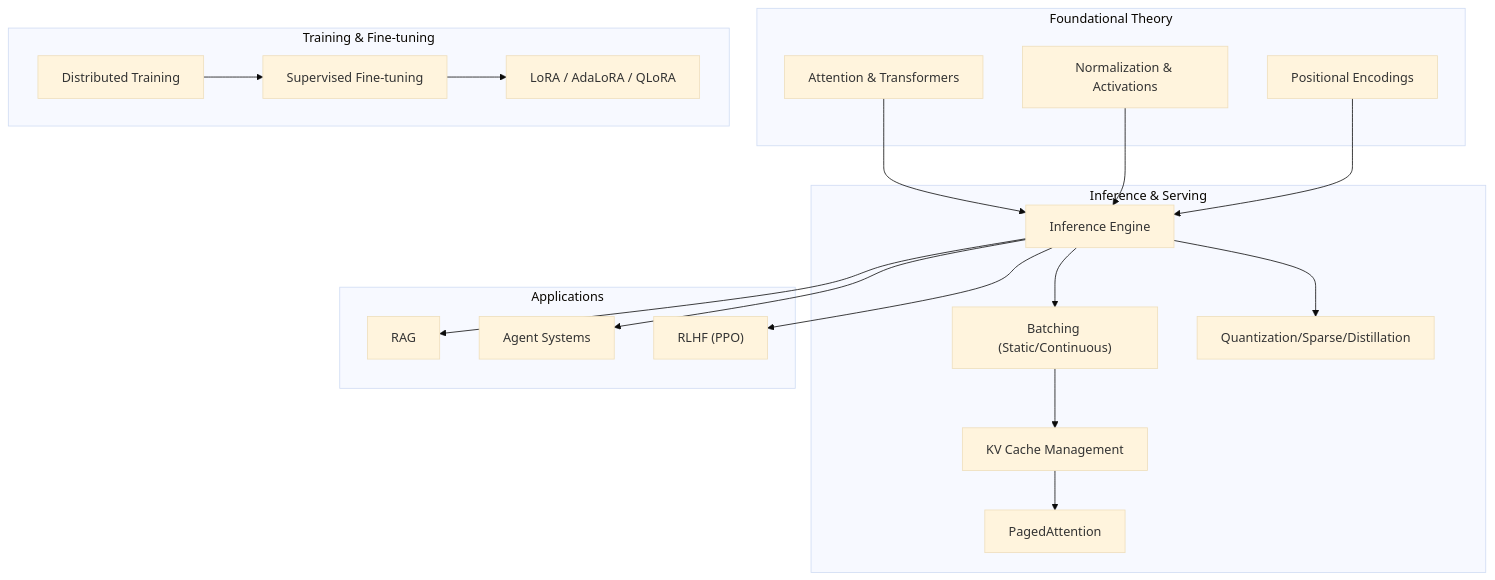
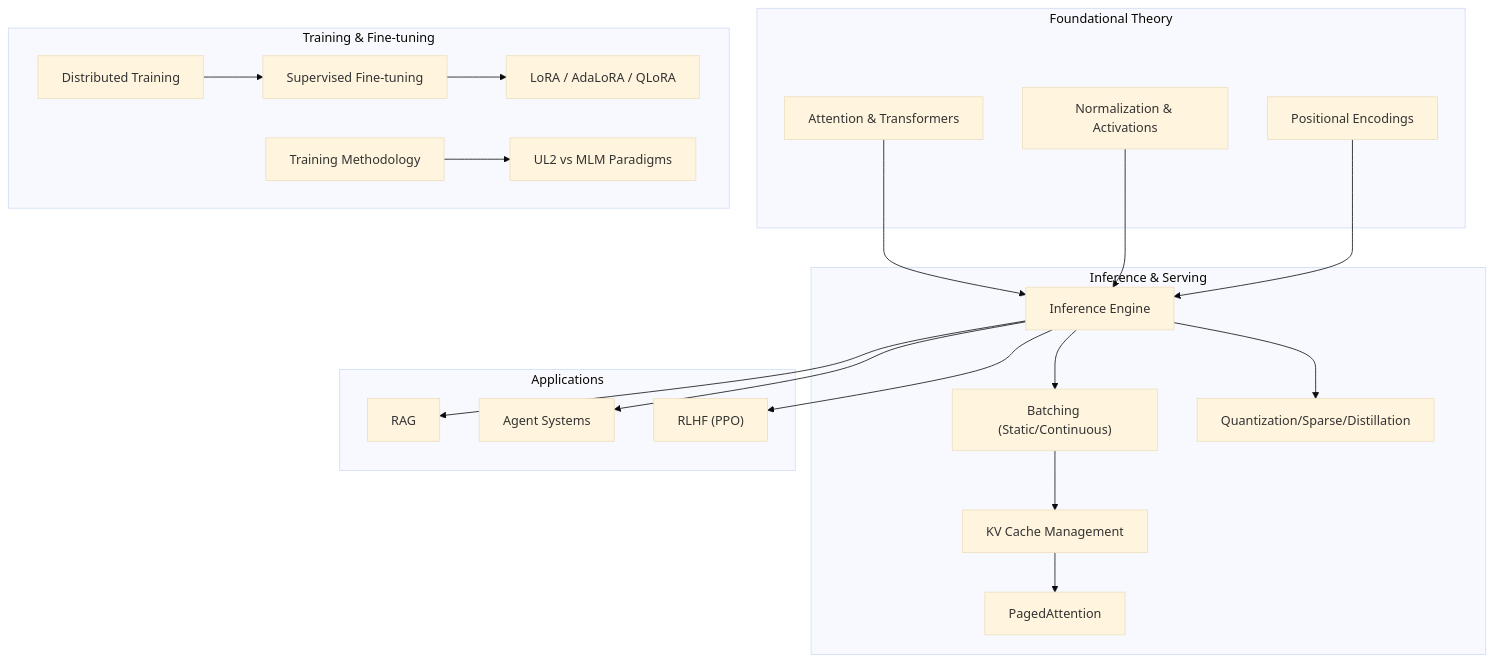
The second of 11 diagrams in .qoder/repowiki/en/content/Interview Preparation.md (Mr-Yoje/llm_interview_note), drawn with Mermaid (base theme) before and after one commit. The commit also changed other lines of this file and 2 other files, not shown here.

````diff
--- a/.qoder/repowiki/en/content/Interview Preparation.md
+++ b/.qoder/repowiki/en/content/Interview Preparation.md
@@ -95,37 +113,40 @@
 ```mermaid
 graph TB
 subgraph "Foundational Theory"
 T["Attention & Transformers"]
 N["Normalization & Activations"]
 P["Positional Encodings"]
 end
 subgraph "Training & Fine-tuning"
 D["Distributed Training"]
 S["Supervised Fine-tuning"]
 L["LoRA / AdaLoRA / QLoRA"]
+TM["Training Methodology"]
+TM2["UL2 vs MLM Paradigms"]
 end
 subgraph "Inference & Serving"
 I["Inference Engine"]
 B["Batching (Static/Continuous)"]
 K["KV Cache Management"]
 PA["PagedAttention"]
 Q["Quantization/Sparse/Distillation"]
 end
 subgraph "Applications"
 R["RAG"]
 A["Agent Systems"]
 RL["RLHF (PPO)"]
 end
 T --> I
 N --> I
 P --> I
 D --> S
 S --> L
 I --> B
 B --> K
 K --> PA
 I --> Q
 I --> R
 I --> A
 I --> RL
+TM --> TM2
 ```
````
